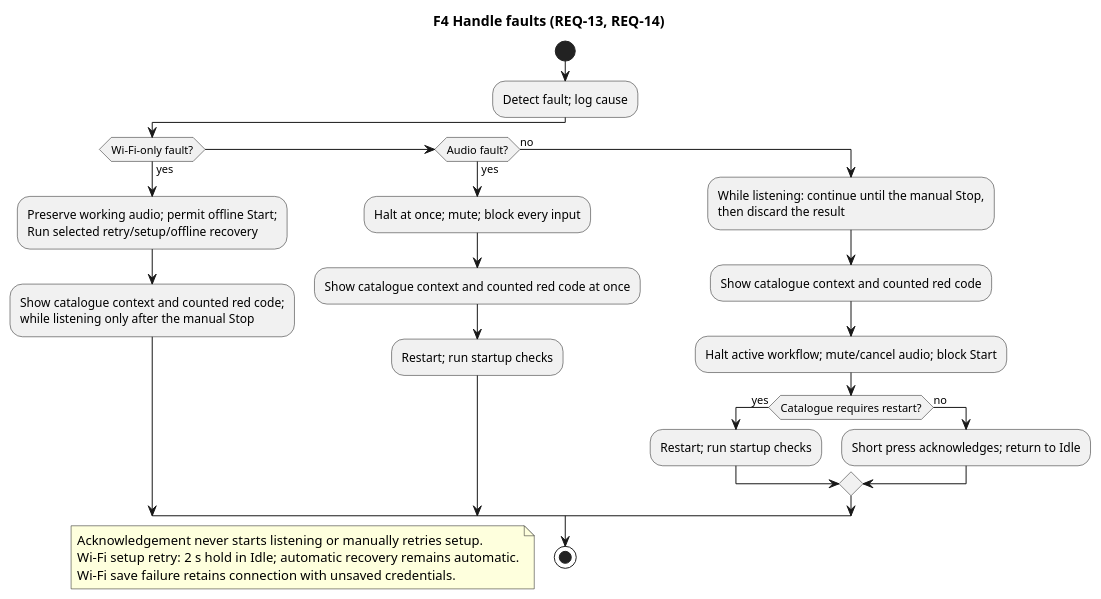
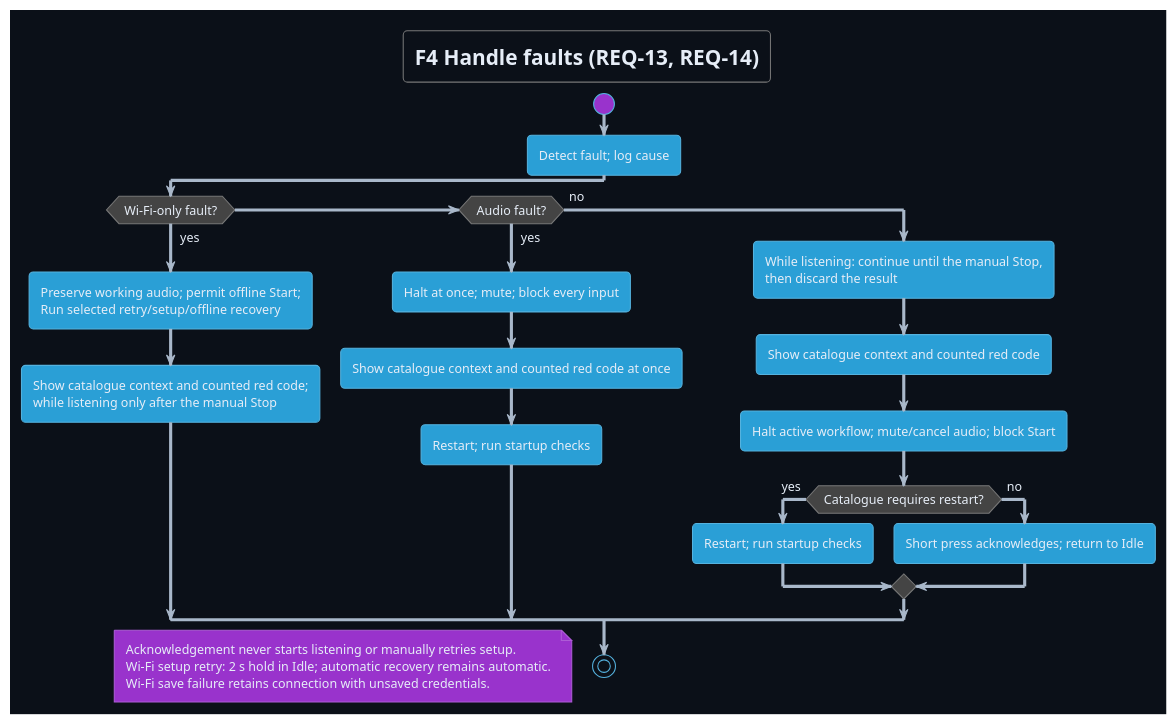
Before and after one commit to DemonicPsychoII/DigitalStethoscope: the diagram in Development/system/requirements/use-cases/uc-04-faults.puml, drawn with PlantUML. The commit also changed 40 other files, not shown here.

```diff
--- a/Development/system/requirements/use-cases/uc-04-faults.puml
+++ b/Development/system/requirements/use-cases/uc-04-faults.puml
@@ -1,30 +1,34 @@
 @startuml uc_04_faults
+!theme cyborg
 skinparam shadowing false
 skinparam defaultFontName SansSerif
+skinparam backgroundColor #0b1018
+skinparam defaultFontColor #e6edf7
+skinparam ArrowColor #a9b8ca
 title F4 Handle faults (REQ-13, REQ-14)
 start
 :Detect fault; log cause;
 if (Wi-Fi-only fault?) then (yes)
  :Preserve working audio; permit offline Start;\nRun selected retry/setup/offline recovery;
  :Show catalogue context and counted red code;\nwhile listening only after the manual Stop;
 elseif (Audio fault?) then (yes)
  :Halt at once; mute; block every input;
  :Show catalogue context and counted red code at once;
  :Restart; run startup checks;
 else (no)
  :While listening: continue until the manual Stop,\nthen discard the result;
  :Show catalogue context and counted red code;
  :Halt active workflow; mute/cancel audio; block Start;
  if (Catalogue requires restart?) then (yes)
   :Restart; run startup checks;
  else (no)
   :Short press acknowledges; return to Idle;
  endif
 endif
 stop
 floating note
  Acknowledgement never starts listening or manually retries setup.
  Wi-Fi setup retry: 2 s hold in Idle; automatic recovery remains automatic.
  Wi-Fi save failure retains connection with unsaved credentials.
 end note
 @enduml
```
